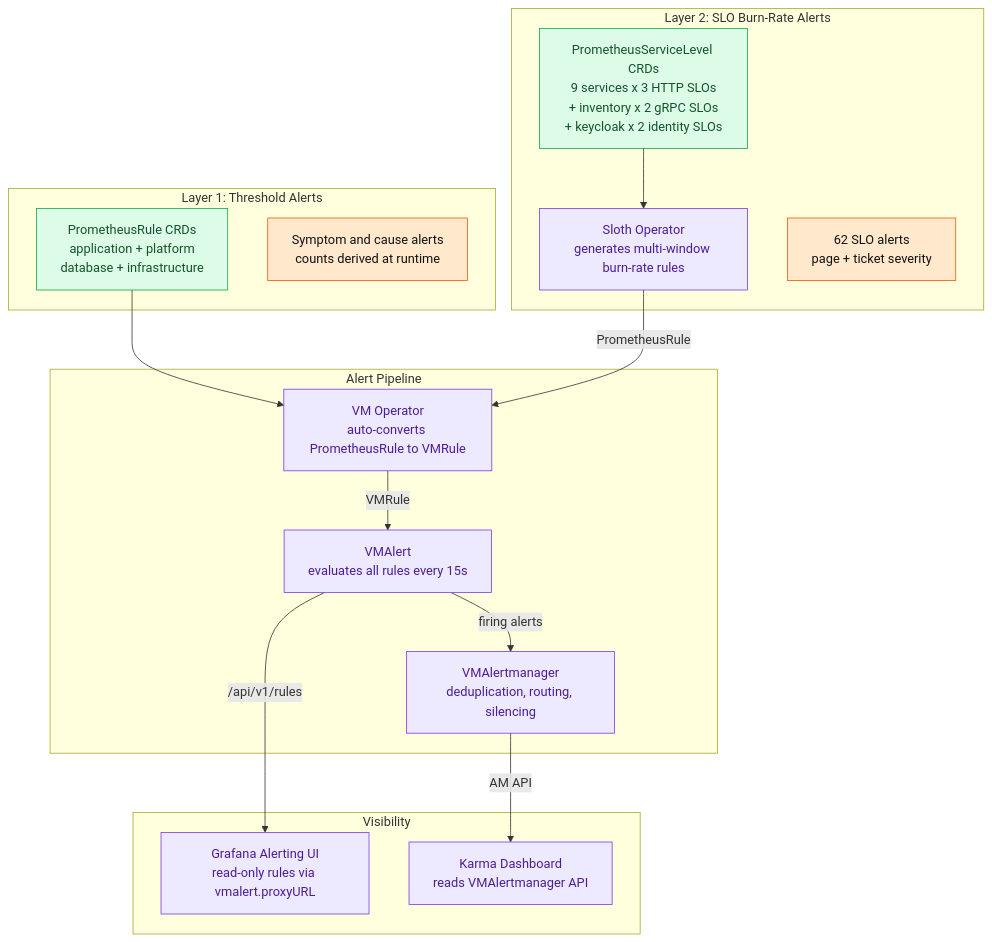
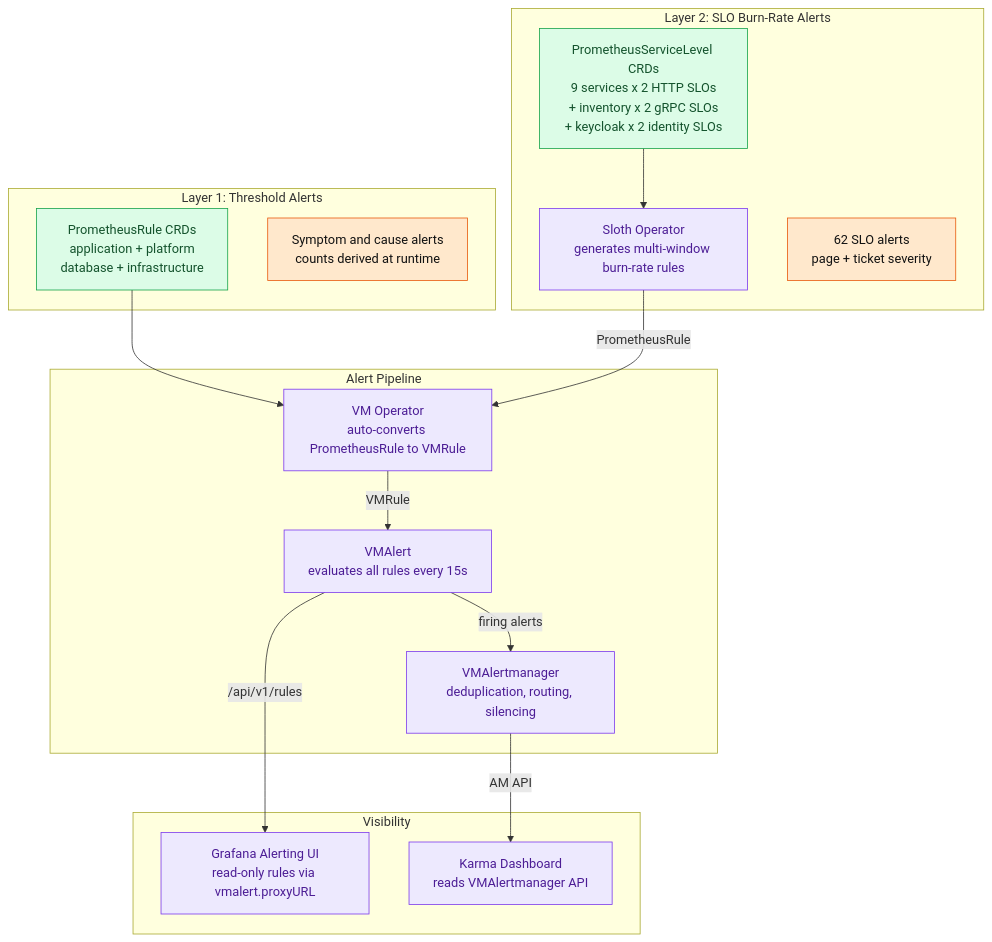
Before and after one commit to duynhlab/homelab: the second of 3 diagrams in docs/observability/alerting/README.md, drawn with Mermaid. The commit also changed other lines of this file and 46 other files, not shown here.

````diff
--- a/docs/observability/alerting/README.md
+++ b/docs/observability/alerting/README.md
@@ -108,43 +108,43 @@
 ```mermaid
 flowchart TD
     subgraph layer1 ["Layer 1: Threshold Alerts"]
         PR1["PrometheusRule CRDs<br/>application + platform<br/>database + infrastructure"]
         T1["Symptom and cause alerts<br/>counts derived at runtime"]
     end
 
     subgraph layer2 ["Layer 2: SLO Burn-Rate Alerts"]
-        PSL["PrometheusServiceLevel CRDs<br/>9 services x 3 HTTP SLOs<br/>+ inventory x 2 gRPC SLOs<br/>+ keycloak x 2 identity SLOs"]
+        PSL["PrometheusServiceLevel CRDs<br/>9 services x 2 HTTP SLOs<br/>+ inventory x 2 gRPC SLOs<br/>+ keycloak x 2 identity SLOs"]
         Sloth["Sloth Operator<br/>generates multi-window burn-rate rules"]
         T2["62 SLO alerts<br/>page + ticket severity"]
     end
 
     subgraph pipeline ["Alert Pipeline"]
         VMOp["VM Operator<br/>auto-converts PrometheusRule to VMRule"]
         VMAlert["VMAlert<br/>evaluates all rules every 15s"]
         VMAM["VMAlertmanager<br/>deduplication, routing, silencing"]
     end
 
     subgraph viz [Visibility]
         Grafana["Grafana Alerting UI<br/>read-only rules via vmalert.proxyURL"]
         Karma["Karma Dashboard<br/>reads VMAlertmanager API"]
     end
 
     PR1 --> VMOp
     PSL --> Sloth
     Sloth -->|"PrometheusRule"| VMOp
     VMOp -->|"VMRule"| VMAlert
     VMAlert -->|"firing alerts"| VMAM
     VMAlert -->|"/api/v1/rules"| Grafana
     VMAM -->|"AM API"| Karma
 
     classDef service fill:#cffafe,color:#164e63,stroke:#0891b2;
     classDef platform fill:#ede9fe,color:#4c1d95,stroke:#7c3aed;
     classDef external fill:#f1f5f9,color:#334155,stroke:#64748b;
     classDef metric fill:#ffe8cc,color:#111,stroke:#e8590c;
     classDef collector fill:#e0f2fe,color:#0c4a6e,stroke:#1971c2;
     classDef data fill:#dcfce7,color:#14532d,stroke:#16a34a;
     classDef planned fill:#fff,color:#475569,stroke:#64748b,stroke-dasharray:5 5;
     class PR1,PSL data;
     class VMOp,Sloth,VMAlert,VMAM,Grafana,Karma platform;
     class T1,T2 metric;
 ```
````
